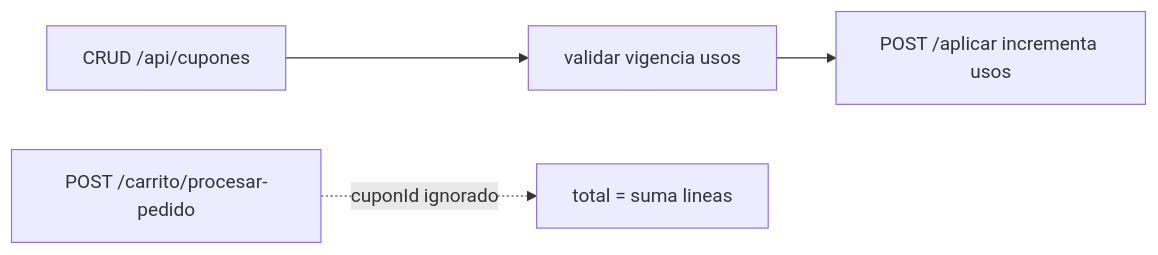
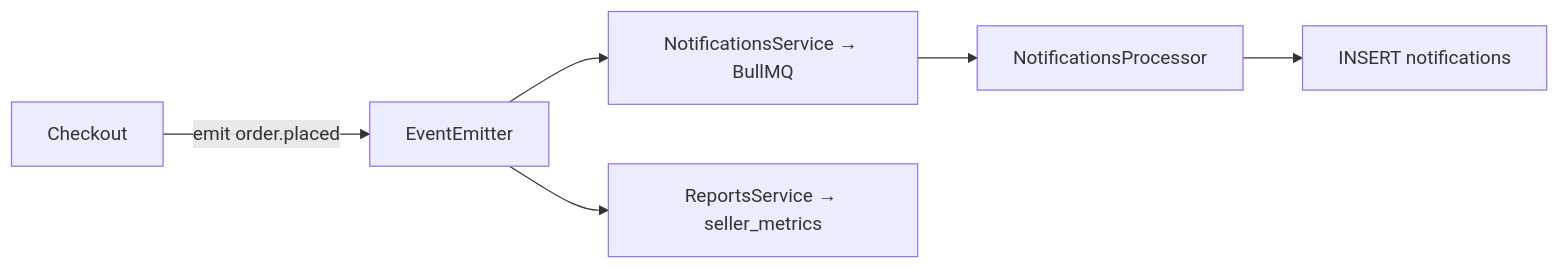
One commit to julianmeoficial/minimalecommerceapi changed the sixth of 6 diagrams in docs/03-FLUJOS.md. Above: the diagram before and after it, drawn with Mermaid. The commit also changed other lines of this file and 19 other files, not shown here.

````diff
--- a/docs/03-FLUJOS.md
+++ b/docs/03-FLUJOS.md
@@ -89,6 +123,8 @@
 ```mermaid
 flowchart LR
-  CRUD["CRUD /api/cupones"] --> Valid["validar vigencia usos"]
-  Valid --> Aplicar["POST /aplicar incrementa usos"]
-  Checkout["POST /carrito/procesar-pedido"] -.->|cuponId ignorado| Total["total = suma lineas"]
+  Checkout -->|"emit order.placed"| Bus["EventEmitter"]
+  Bus --> Notif["NotificationsService → BullMQ"]
+  Bus --> Reports["ReportsService → seller_metrics"]
+  Notif --> Worker["NotificationsProcessor"]
+  Worker --> Rows["INSERT notifications"]
 ```
````
